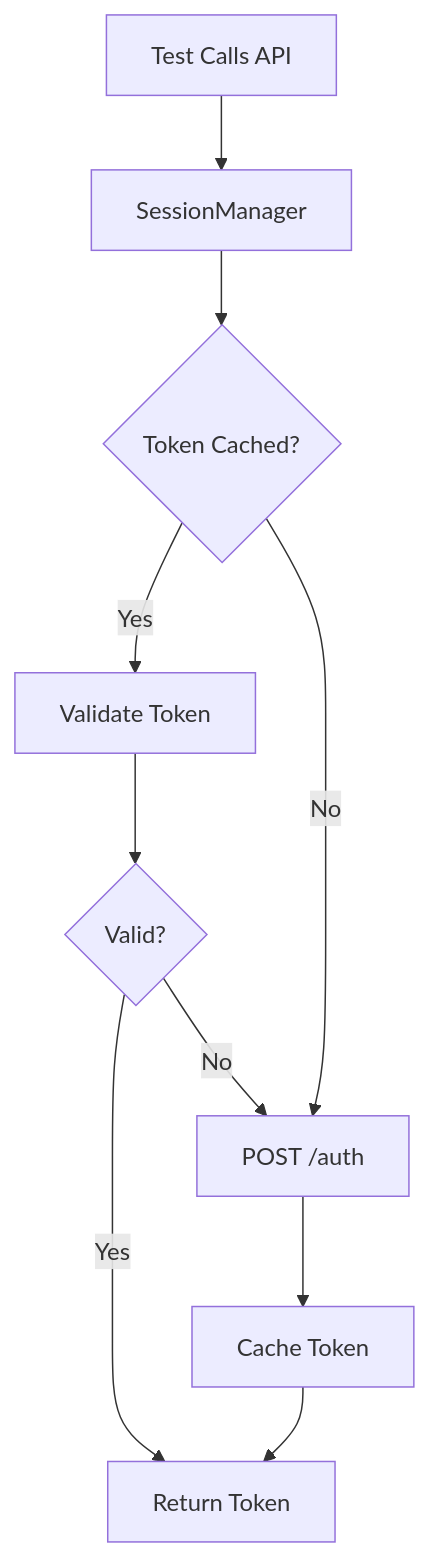
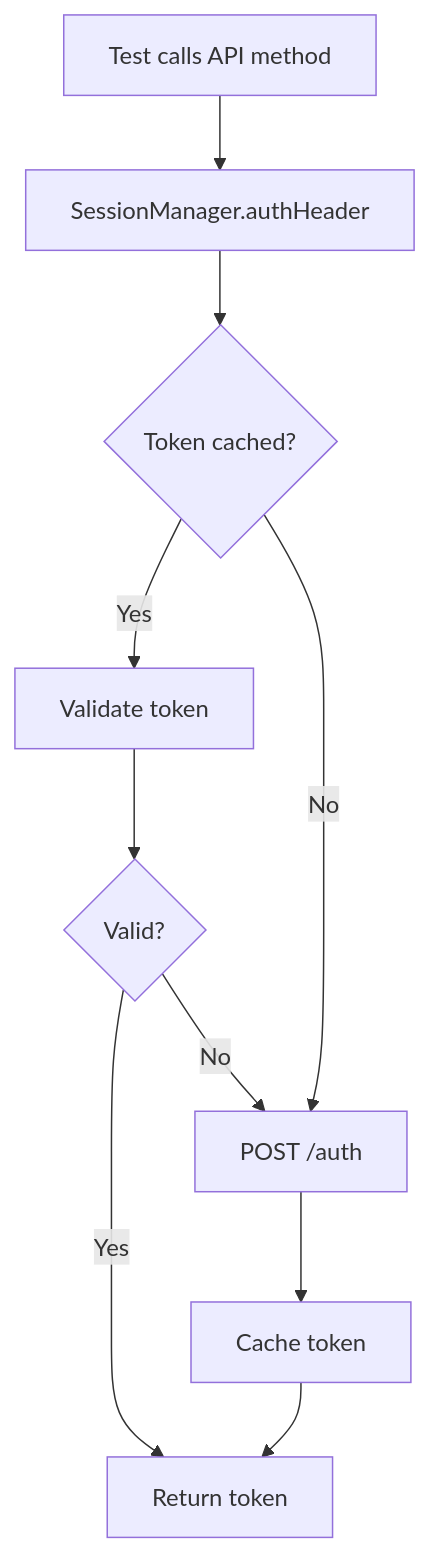
One commit to therealqualityengineer/playwrightframework changed the fourth of 8 diagrams in .github/instructions/framework-design.instructions.md. Above: the diagram before and after it, drawn with Mermaid. The commit also changed other lines of this file and 11 other files, not shown here.

````diff
--- a/.github/instructions/framework-design.instructions.md
+++ b/.github/instructions/framework-design.instructions.md
@@ -205,21 +104,17 @@
 ```mermaid
 flowchart TD
-    A[Test Calls API]
-    B[SessionManager]
-    C{Token Cached?}
-    D[Validate Token]
+    A[Test calls API method]
+    B[SessionManager.authHeader]
+    C{Token cached?}
+    D[Validate token]
     E{Valid?}
-    F[Return Token]
+    F[Return token]
     G[POST /auth]
-    H[Cache Token]
+    H[Cache token]
 
-    A --> B
-    B --> C
-    C -->|Yes| D
-    D --> E
+    A --> B --> C
+    C -->|Yes| D --> E
     E -->|Yes| F
     E -->|No| G
-    C -->|No| G
-    G --> H
-    H --> F
+    C -->|No| G --> H --> F
 ```
````
